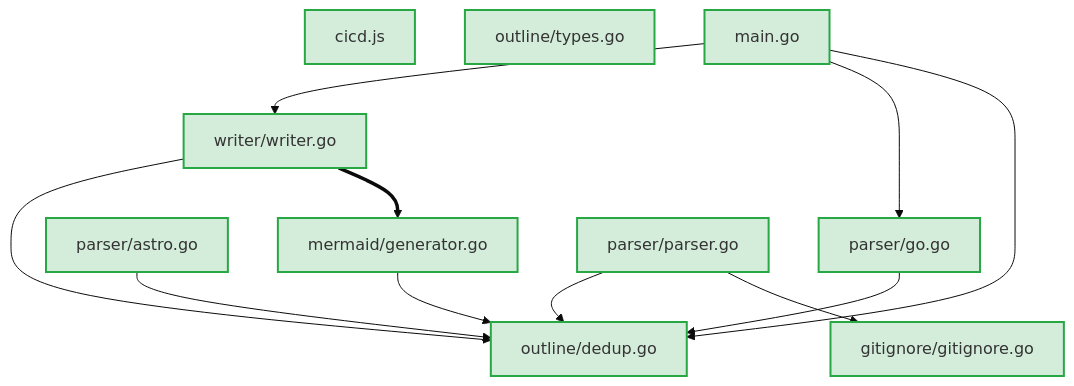
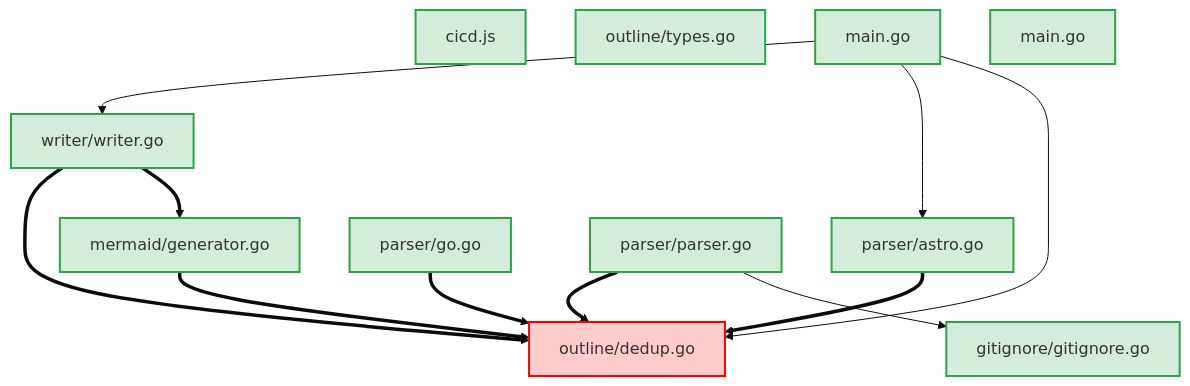
Before and after one commit to jasonwillschiu/codebrev: the first of 3 diagrams in codebrev.md, drawn with Mermaid (base theme). The commit also changed other lines of this file and 16 other files, not shown here.

````diff
--- a/codebrev.md
+++ b/codebrev.md
@@ -9,28 +9,29 @@
 ```mermaid
 graph TD
     F0["cicd.js"]:::lowRisk
     F1["gitignore/gitignore.go"]:::lowRisk
     F2["mermaid/generator.go"]:::lowRisk
-    F3["outline/dedup.go"]:::lowRisk
+    F3["outline/dedup.go"]:::highRisk
     F4["outline/types.go"]:::lowRisk
     F5["parser/astro.go"]:::lowRisk
     F6["parser/go.go"]:::lowRisk
     F7["parser/parser.go"]:::lowRisk
     F8["writer/writer.go"]:::lowRisk
     F9["main.go"]:::lowRisk
+    F10["main.go"]:::lowRisk
 
-    F2 --> F3
-    F5 --> F3
-    F6 --> F3
+    F2 ==> F3
+    F5 ==> F3
+    F6 ==> F3
     F7 --> F1
-    F7 --> F3
+    F7 ==> F3
     F8 ==> F2
-    F8 --> F3
+    F8 ==> F3
     F9 --> F3
-    F9 --> F6
+    F9 --> F5
     F9 --> F8
 
     classDef highRisk fill:#ffcccc,stroke:#ff0000,stroke-width:2px
     classDef mediumRisk fill:#fff3cd,stroke:#ffc107,stroke-width:2px
     classDef lowRisk fill:#d4edda,stroke:#28a745,stroke-width:2px
 ```
````
